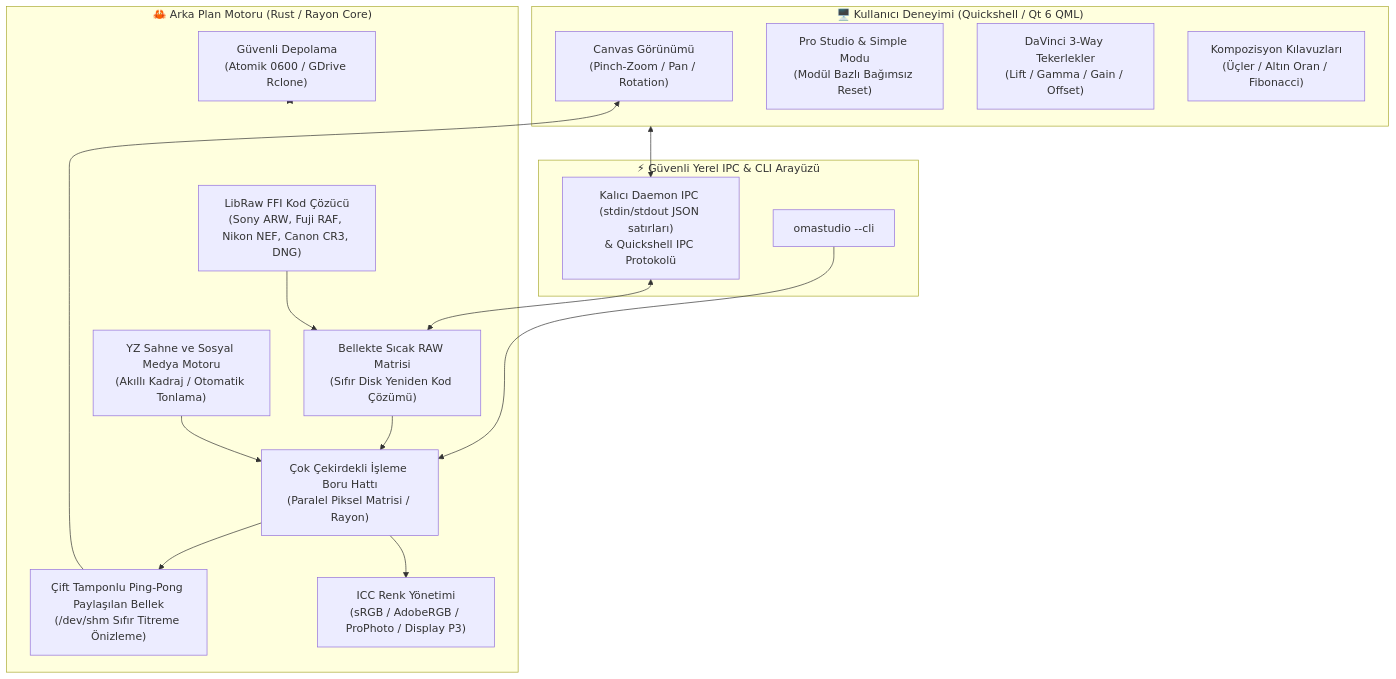
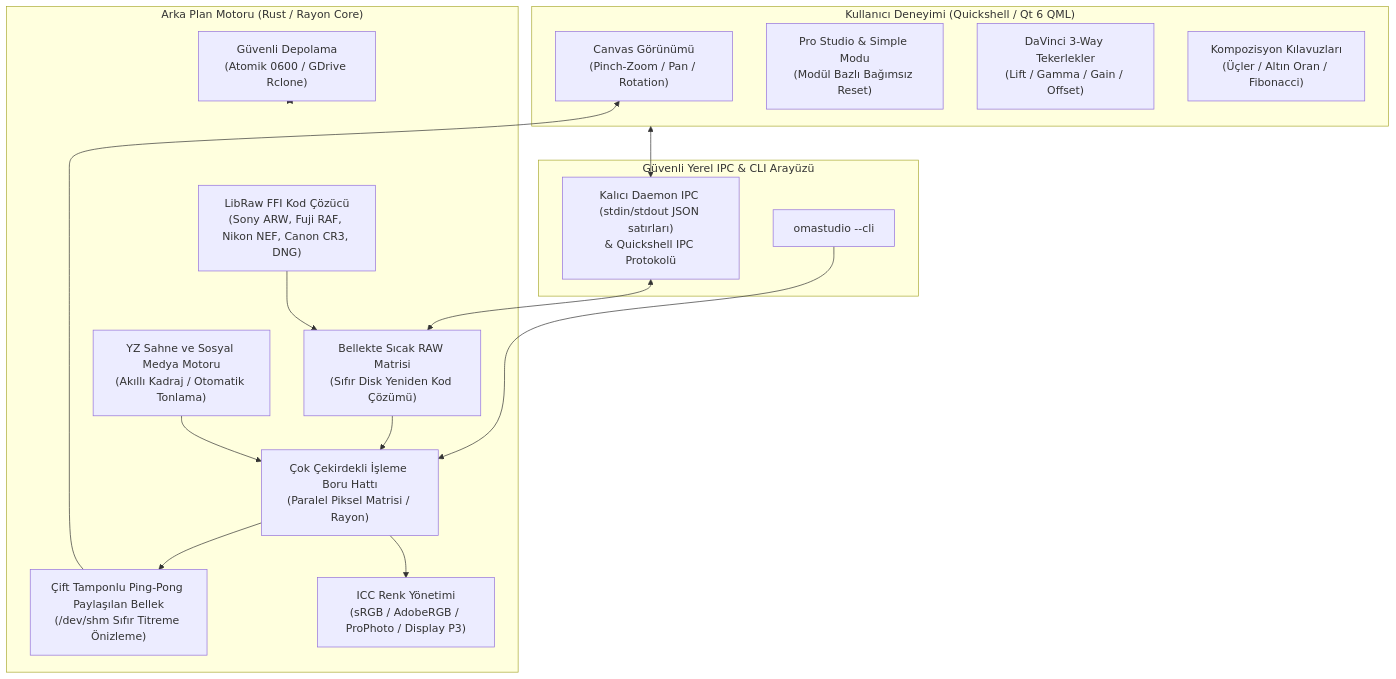
One commit to mickes66/omarchy-omastudio changed the first of 2 diagrams in README.tr.md. Above: the diagram before and after it, drawn with Mermaid. The commit also changed other lines of this file and 3 other files, not shown here.

````diff
--- a/README.tr.md
+++ b/README.tr.md
@@ -24,35 +24,35 @@
 ```mermaid
 graph TD
-    subgraph UI ["🖥️ Kullanıcı Deneyimi (Quickshell / Qt 6 QML)"]
+    subgraph UI [" Kullanıcı Deneyimi (Quickshell / Qt 6 QML)"]
         Viewport["Canvas Görünümü<br/>(Pinch-Zoom / Pan / Rotation)"]
         Inspector["Pro Studio & Simple Modu<br/>(Modül Bazlı Bağımsız Reset)"]
         Wheels["DaVinci 3-Way Tekerlekler<br/>(Lift / Gamma / Gain / Offset)"]
         CropTool["Kompozisyon Kılavuzları<br/>(Üçler / Altın Oran / Fibonacci)"]
     end
 
-    subgraph IPC ["⚡ Güvenli Yerel IPC & CLI Arayüzü"]
+    subgraph IPC [" Güvenli Yerel IPC & CLI Arayüzü"]
         CLI["omastudio --cli"]
         Sock["Kalıcı Daemon IPC (stdin/stdout JSON satırları)<br/>& Quickshell IPC Protokolü"]
     end
 
-    subgraph Engine ["🦀 Arka Plan Motoru (Rust / Rayon Core)"]
+    subgraph Engine [" Arka Plan Motoru (Rust / Rayon Core)"]
         Decoders["LibRaw FFI Kod Çözücü<br/>(Sony ARW, Fuji RAF, Nikon NEF, Canon CR3, DNG)"]
         RAMCache["Bellekte Sıcak RAW Matrisi<br/>(Sıfır Disk Yeniden Kod Çözümü)"]
         Pipeline["Çok Çekirdekli İşleme Boru Hattı<br/>(Paralel Piksel Matrisi / Rayon)"]
         ShmPingPong["Çift Tamponlu Ping-Pong Paylaşılan Bellek<br/>(/dev/shm Sıfır Titreme Önizleme)"]
         ColorEngine["ICC Renk Yönetimi<br/>(sRGB / AdobeRGB / ProPhoto / Display P3)"]
         AIEngine["YZ Sahne ve Sosyal Medya Motoru<br/>(Akıllı Kadraj / Otomatik Tonlama)"]
         Storage["Güvenli Depolama<br/>(Atomik 0600 / GDrive Rclone)"]
     end
 
     UI <--> Sock
     CLI --> Pipeline
     Sock <--> RAMCache
     Decoders --> RAMCache
     RAMCache --> Pipeline
     Pipeline --> ShmPingPong
     ShmPingPong --> Viewport
     Pipeline --> ColorEngine
     AIEngine --> Pipeline
     Storage <--> Engine
 ```
````
